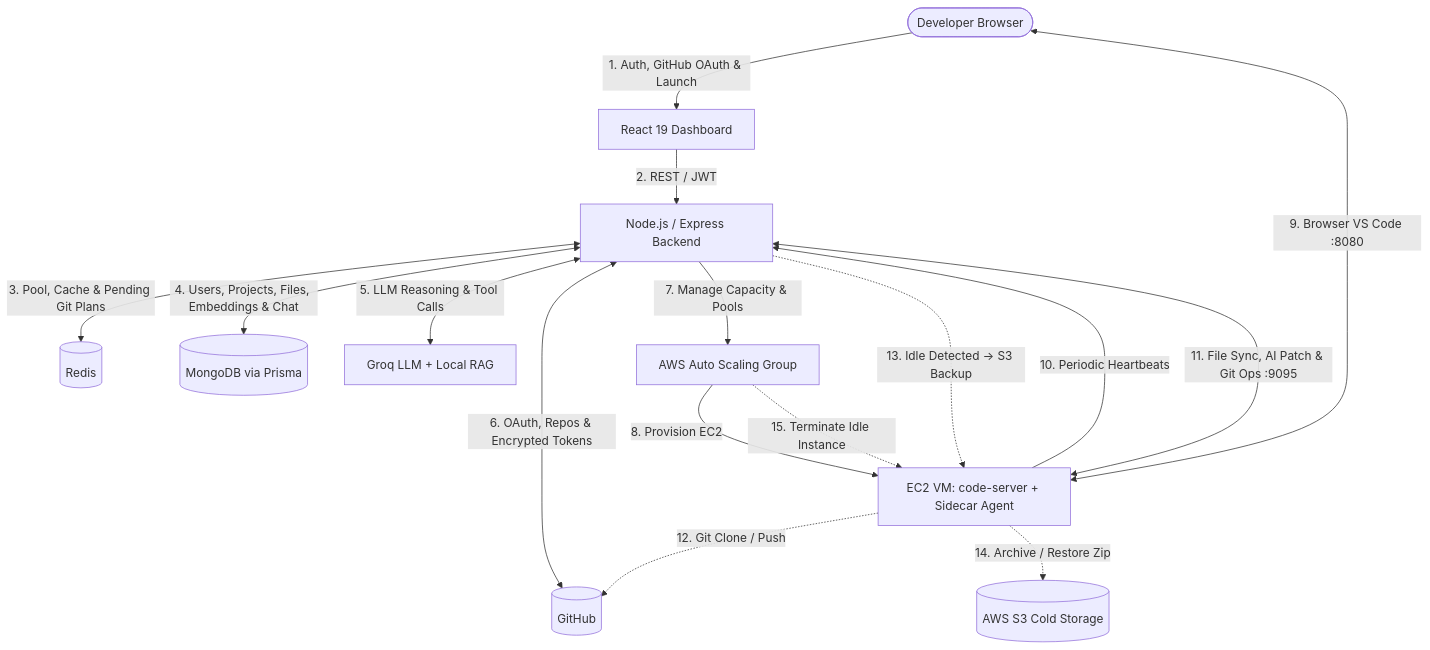
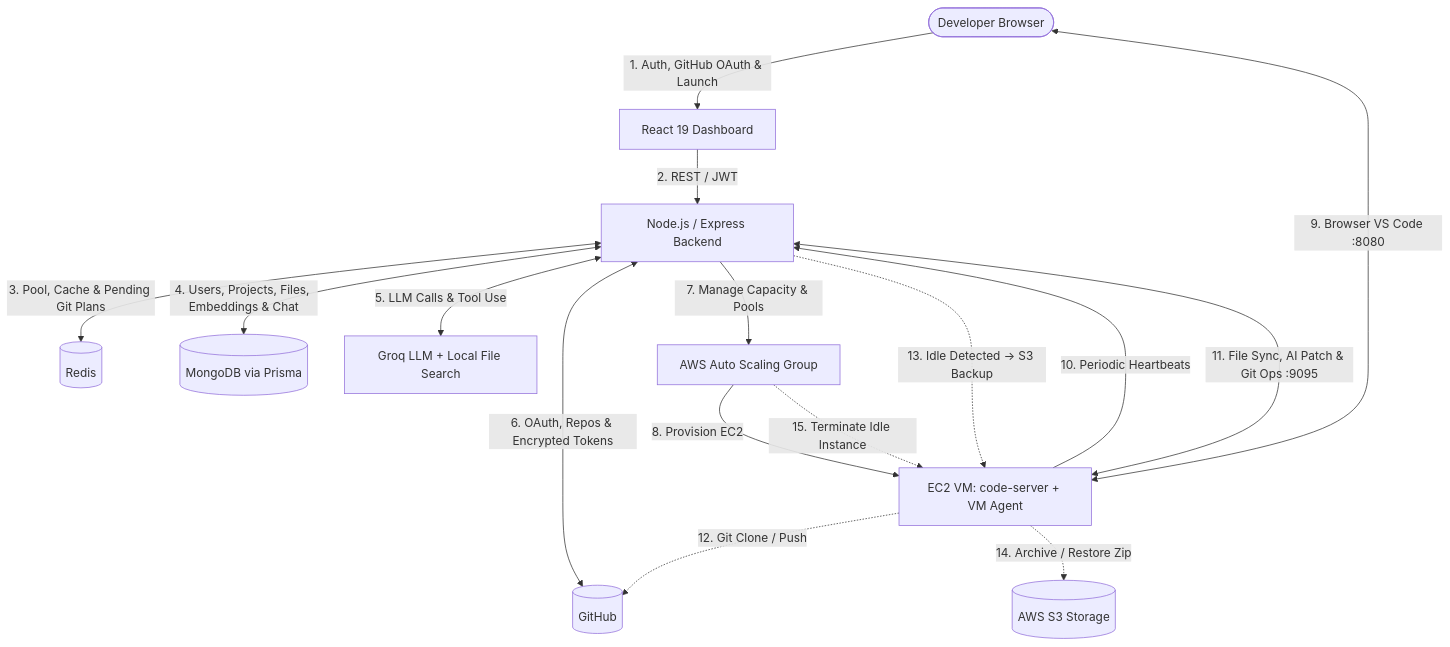
One commit to Brijesh-0106/Kanvas-Replit changed the diagram in README.md. Above: the diagram before and after it, drawn with Mermaid. The commit also changed other lines of this file, not shown here.

````diff
--- a/README.md
+++ b/README.md
@@ -66,18 +66,18 @@
 ```mermaid
 flowchart TD
     User([Developer Browser]) -->|1. Auth, GitHub OAuth & Launch| FE[React 19 Dashboard]
     FE -->|2. REST / JWT| BE[Node.js / Express Backend]
     BE <-->|3. Pool, Cache & Pending Git Plans| Redis[(Redis)]
     BE <-->|4. Users, Projects, Files, Embeddings & Chat| DB[(MongoDB via Prisma)]
-    BE <-->|5. LLM Reasoning & Tool Calls| AI[Groq LLM + Local RAG]
+    BE <-->|5. LLM Calls & Tool Use| AI[Groq LLM + Local File Search]
     BE <-->|6. OAuth, Repos & Encrypted Tokens| GH[(GitHub)]
     BE -->|7. Manage Capacity & Pools| AWS_ASG[AWS Auto Scaling Group]
-    AWS_ASG -->|8. Provision EC2| EC2[EC2 VM: code-server + Sidecar Agent]
+    AWS_ASG -->|8. Provision EC2| EC2[EC2 VM: code-server + VM Agent]
     User <-->|9. Browser VS Code :8080| EC2
     EC2 -->|10. Periodic Heartbeats| BE
     EC2 <-->|11. File Sync, AI Patch & Git Ops :9095| BE
     EC2 -.->|12. Git Clone / Push| GH
     BE -.->|13. Idle Detected -> S3 Backup| EC2
-    EC2 -.->|14. Archive / Restore Zip| S3[(AWS S3 Cold Storage)]
+    EC2 -.->|14. Archive / Restore Zip| S3[(AWS S3 Storage)]
     AWS_ASG -.->|15. Terminate Idle Instance| EC2
 ```
````
